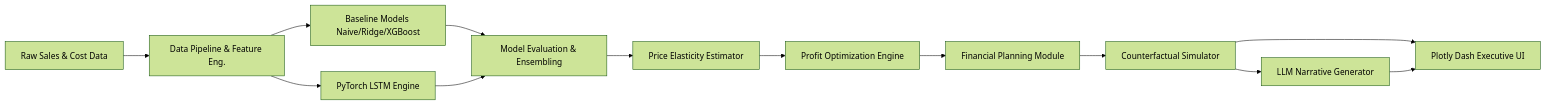
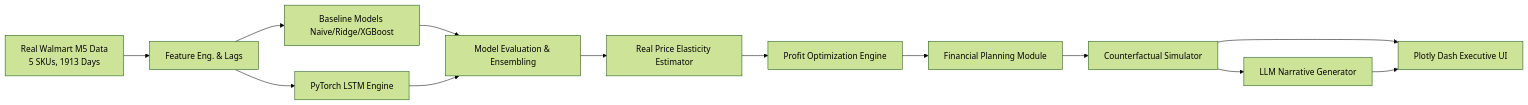
Before and after one commit to princexpoddar/NAOMI: the first of 3 diagrams in docs/implementation_plan.md, drawn with Mermaid (forest theme). The commit also changed other lines of this file, not shown here.

Commit message:
docs: lock in Walmart M5 (5 curated SKUs, 5.4 years) as primary real dataset

````diff
--- a/docs/implementation_plan.md
+++ b/docs/implementation_plan.md
@@ -21,14 +30,14 @@
 ```mermaid
 flowchart LR
-    A[Raw Sales & Cost Data] --> B[Data Pipeline & Feature Eng.]
+    A[Real Walmart M5 Data<br>5 SKUs, 1913 Days] --> B[Feature Eng. & Lags]
     B --> C1[Baseline Models Naive/Ridge/XGBoost]
     B --> C2[PyTorch LSTM Engine]
     C1 & C2 --> D[Model Evaluation & Ensembling]
-    D --> E[Price Elasticity Estimator]
+    D --> E[Real Price Elasticity Estimator]
     E --> F[Profit Optimization Engine]
     F --> G[Financial Planning Module]
     G --> H[Counterfactual Simulator]
     H --> I[LLM Narrative Generator]
     H --> J[Plotly Dash Executive UI]
     I --> J
 ```
````
